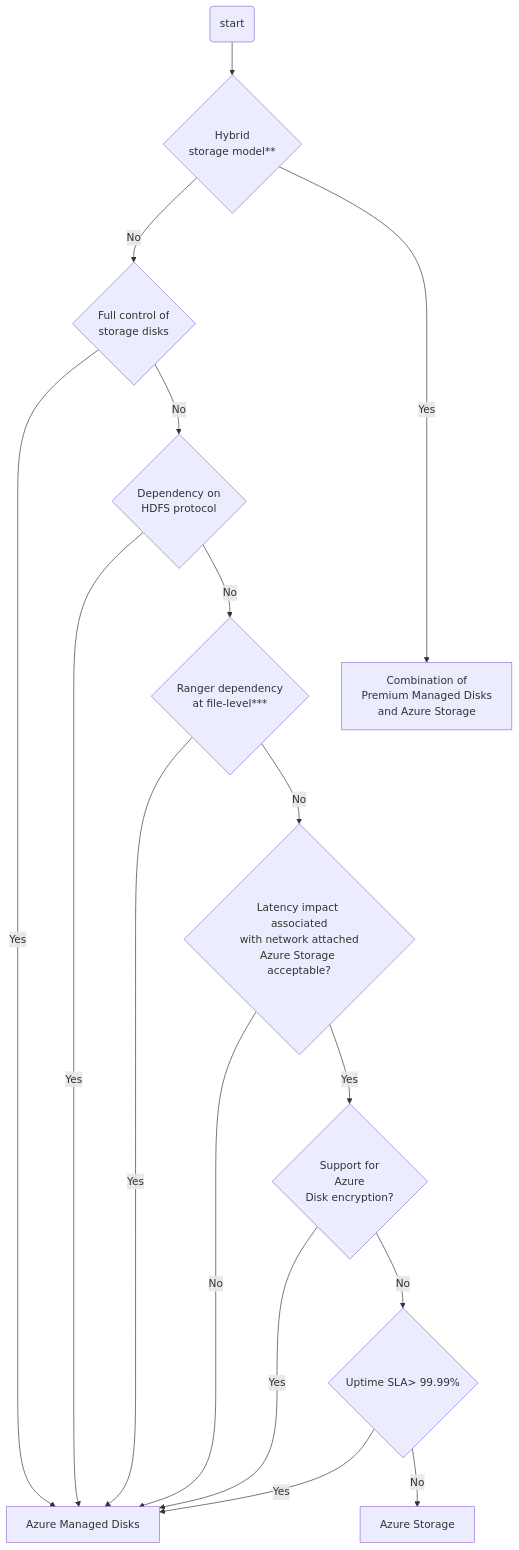
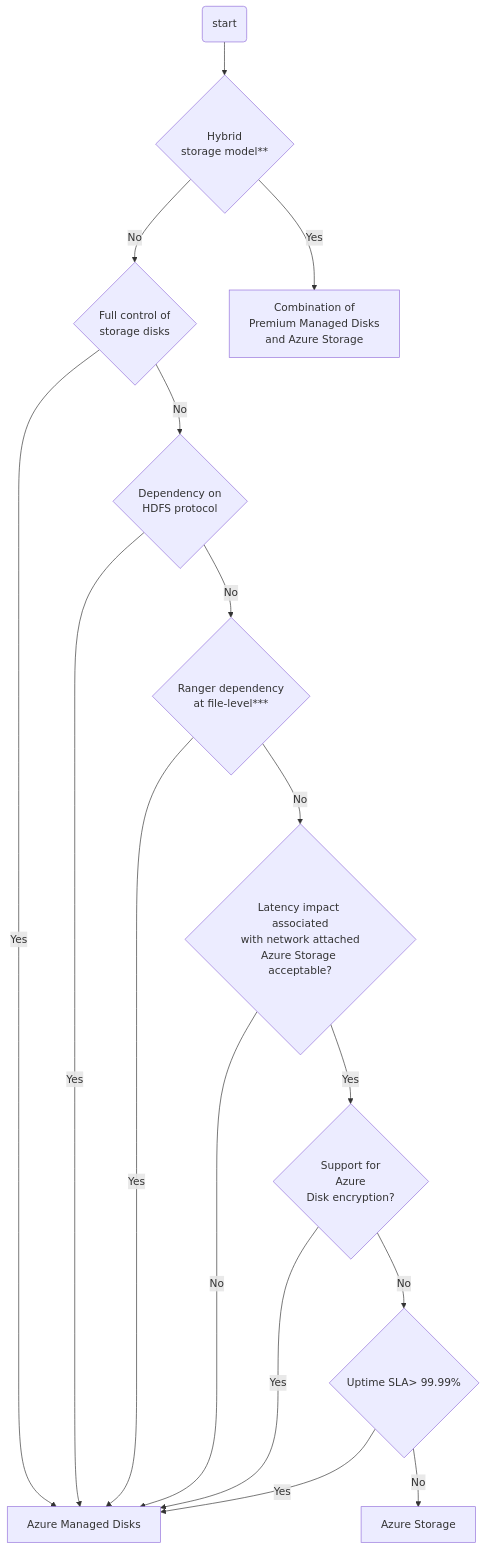
The second of 3 diagrams in docs/hbase/migration-approach.md (Azure/Hadoop-Migrations), drawn with Mermaid before and after one commit. The commit also changed other lines of this file, not shown here.

Commit message:
uploading diagrams created using mermaid to improve readability and enable hyperlinks from within the flowcharts.

````diff
--- a/docs/hbase/migration-approach.md
+++ b/docs/hbase/migration-approach.md
@@ -119,23 +119,23 @@
 ```mermaid 
 
 graph TD;
  A(start)-->B{Hybrid <br/> storage model**}
  B -- No -->C{Full control of<br/> storage disks}
   click C "https://docs.microsoft.com/en-us/azure/virtual-machines/managed-disks-overview"
  C -- Yes --> Z[Azure Managed Disks]
   click Z "https://docs.microsoft.com/en-us/azure/virtual-machines/disks-types#premium-ssd"
  C -- No --> D{Dependency on <br/>HDFS protocol}
  D -- Yes --> Z
  D -- No --> E{Ranger dependency <br/>at file-level***}
  E -- Yes --> Z
  E -- No --> F{Latency impact associated<br/> with network attached <br/>Azure Storage acceptable?}
  F -- No --> Z
  F -- Yes --> G{Support for <br/>Azure <br/>Disk encryption?}
   click G "https://docs.microsoft.com/en-us/azure/virtual-machines/linux/disk-encryption-overview"
  G -- Yes --> Z
  G -- No --> H{Uptime SLA> 99.99%}
  H -- Yes --> Z
  H -- No --> X[Azure Storage]
- B -- Yes ----> Y[Combination of <br/>Premium Managed Disks <br/>and Azure Storage]
+ B -- Yes --> Y[Combination of <br/>Premium Managed Disks <br/>and Azure Storage]
 
 ```
````
